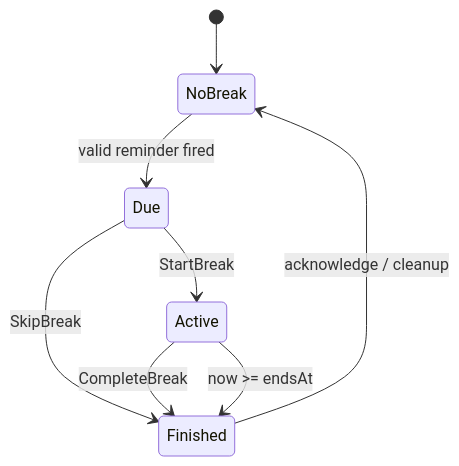
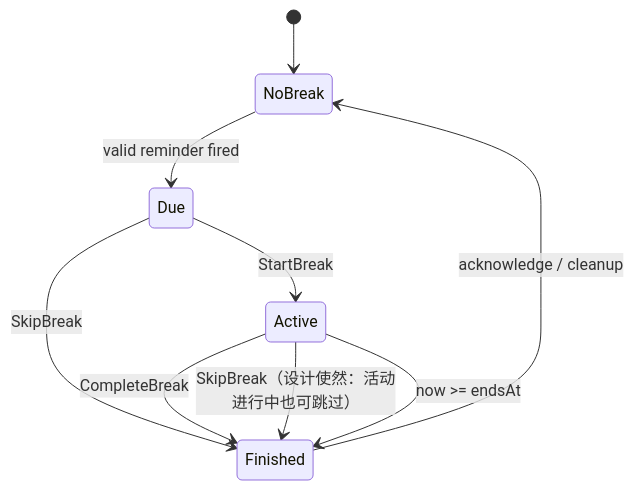
The second of 3 diagrams in docs/move25_gt6_funar_docs/domain/08_STATE_MACHINES.md (Zch333/watch), drawn with Mermaid before and after one commit. The commit also changed 38 other files, not shown here.

````diff
--- a/docs/move25_gt6_funar_docs/domain/08_STATE_MACHINES.md
+++ b/docs/move25_gt6_funar_docs/domain/08_STATE_MACHINES.md
@@ -29,10 +29,11 @@
 ```mermaid
 stateDiagram-v2
     [*] --> NoBreak
     NoBreak --> Due: valid reminder fired
     Due --> Active: StartBreak
     Due --> Finished: SkipBreak
     Active --> Finished: CompleteBreak
+    Active --> Finished: SkipBreak（设计使然：活动进行中也可跳过）
     Active --> Finished: now >= endsAt
     Finished --> NoBreak: acknowledge / cleanup
 ```
````
